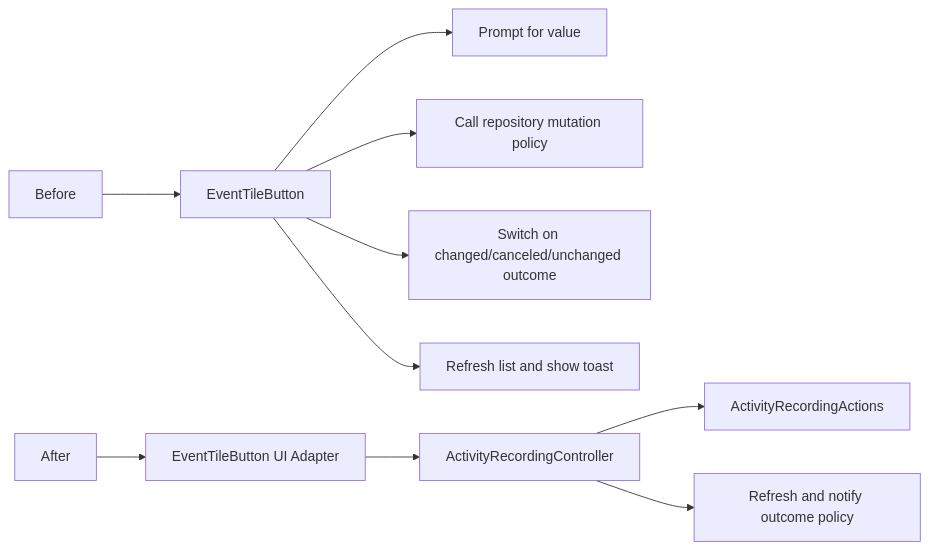
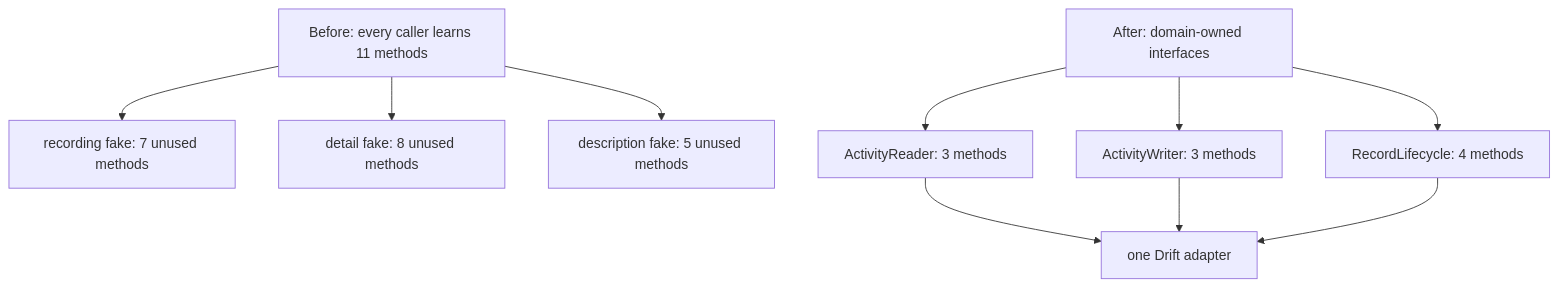
One commit to Guoyuer/eventTracker changed the third of 4 diagrams in docs/architecture/module-flow.md. Above: the diagram before and after it, drawn with Mermaid. The commit also changed other lines of this file and 33 other files, not shown here.

````diff
--- a/docs/architecture/module-flow.md
+++ b/docs/architecture/module-flow.md
@@ -143,15 +113,15 @@
 ```mermaid
-flowchart LR
-  Before["Before"]
-  Before --> B1["EventTileButton"]
-  B1 --> B2["Prompt for value"]
-  B1 --> B3["Call repository mutation policy"]
-  B1 --> B4["Switch on changed/canceled/unchanged outcome"]
-  B1 --> B5["Refresh list and show toast"]
+flowchart TB
+  Broad["Before: every caller learns 11 methods"]
+  Broad --> Fake1["recording fake: 7 unused methods"]
+  Broad --> Fake2["detail fake: 8 unused methods"]
+  Broad --> Fake3["description fake: 5 unused methods"]
 
-  After["After"]
-  After --> A1["EventTileButton UI Adapter"]
-  A1 --> A2["ActivityRecordingController"]
-  A2 --> A3["ActivityRecordingActions"]
-  A2 --> A4["Refresh and notify outcome policy"]
+  Narrow["After: domain-owned interfaces"]
+  Narrow --> Reader["ActivityReader: 3 methods"]
+  Narrow --> Writer["ActivityWriter: 3 methods"]
+  Narrow --> Lifecycle["RecordLifecycle: 4 methods"]
+  Reader --> Drift["one Drift adapter"]
+  Writer --> Drift
+  Lifecycle --> Drift
 ```
````
